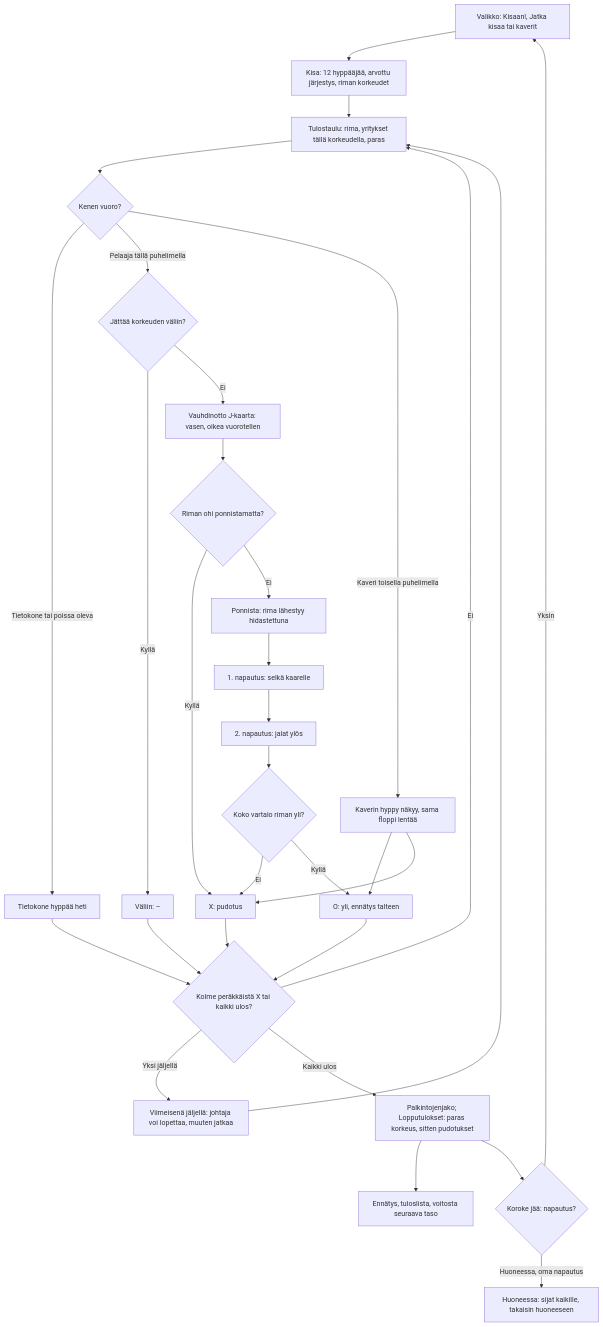
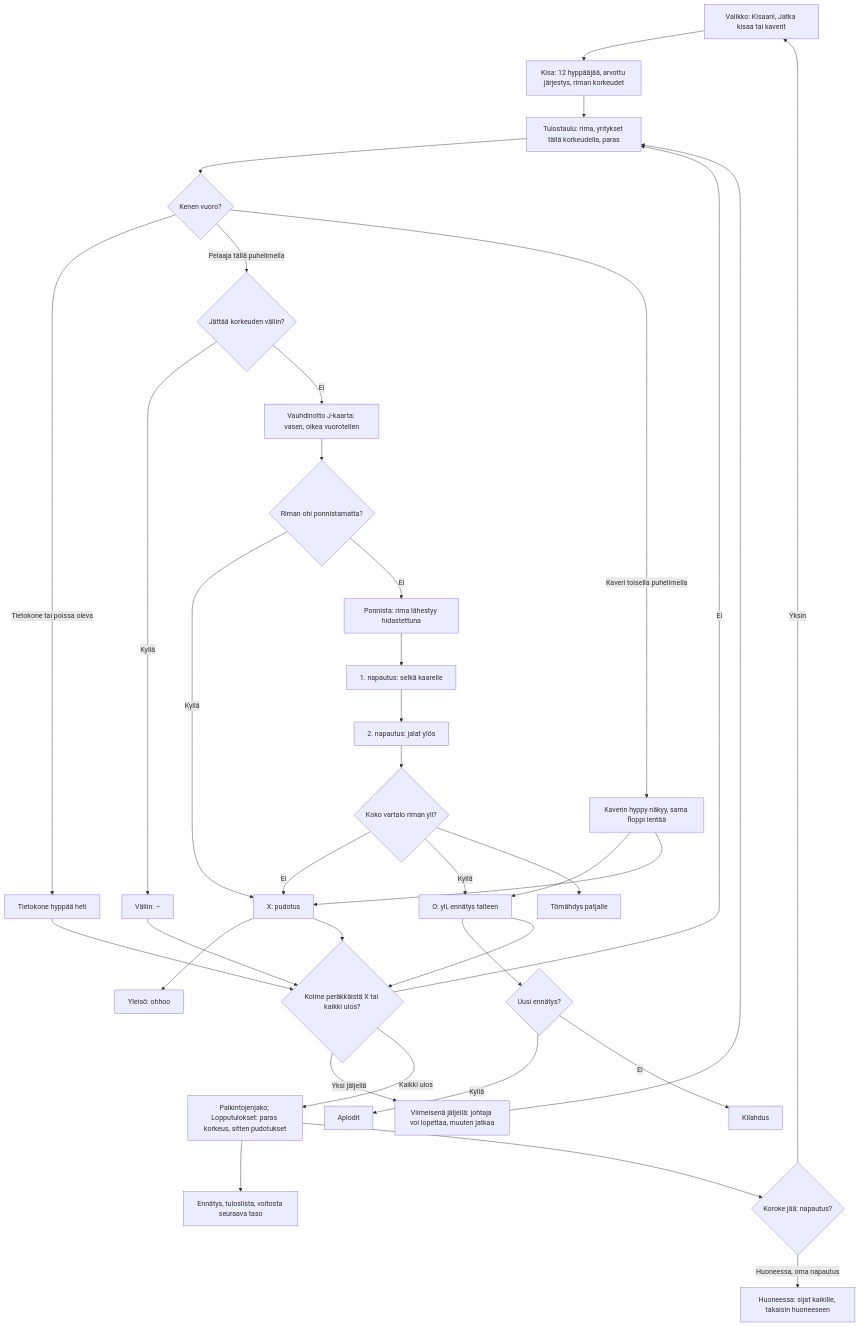
The diagram in docs/diagrams/korkeushyppy.md (eerovil/ai-pelit), drawn with Mermaid before and after one commit. The commit also changed other lines of this file and 3 other files, not shown here.

````diff
--- a/docs/diagrams/korkeushyppy.md
+++ b/docs/diagrams/korkeushyppy.md
@@ -14,39 +16,44 @@
 ```mermaid
 flowchart TD
   M[Valikko: Kisaan!, Jatka kisaa tai kaverit] --> K[Kisa: 12 hyppääjää, arvottu järjestys, riman korkeudet]
   K --> T[Tulostaulu: rima, yritykset tällä korkeudella, paras]
   T --> Q{Kenen vuoro?}
   Q -- Tietokone tai poissa oleva --> CPU[Tietokone hyppää heti]
   CPU --> NX
   Q -- Pelaaja tällä puhelimella --> PS{Jättää korkeuden väliin?}
   Q -- Kaveri toisella puhelimella --> WT[Kaverin hyppy näkyy, sama floppi lentää]
   PS -- Kyllä --> P[Väliin: –]
   PS -- Ei --> R[Vauhdinotto J-kaarta: vasen, oikea vuorotellen]
   R --> RP{Riman ohi ponnistamatta?}
   RP -- Kyllä --> X[X: pudotus]
   RP -- Ei --> J[Ponnista: rima lähestyy hidastettuna]
   J --> A[1. napautus: selkä kaarelle]
   A --> L[2. napautus: jalat ylös]
   L --> C{Koko vartalo riman yli?}
   C -- Ei --> X
   C -- Kyllä --> O[O: yli, ennätys talteen]
+  C --> MAT[Tömähdys patjalle]
+  O --> SO{Uusi ennätys?}
+  SO -- Kyllä --> AP[Aplodit]
+  SO -- Ei --> KL[Kilahdus]
+  X --> OH[Yleisö: ohhoo]
   WT --> O
   WT --> X
   O --> NX{Kolme peräkkäistä X tai kaikki ulos?}
   X --> NX
   P --> NX
   NX -- Ei --> T
   NX -- Yksi jäljellä --> GO[Viimeisenä jäljellä: johtaja voi lopettaa, muuten jatkaa]
   GO --> T
   NX -- Kaikki ulos --> END[Palkintojenjako; Lopputulokset: paras korkeus, sitten pudotukset]
   END --> S[Ennätys, tuloslista, voitosta seuraava taso]
   END --> TAP{Koroke jää: napautus?}
   TAP -- Yksin --> M
   TAP -- Huoneessa, oma napautus --> RM[Huoneessa: sijat kaikille, takaisin huoneeseen]
   class M,R,J,A,L,T blue
   class CPU,WT violet
-  class Q,PS,RP,C,NX,TAP amber
+  class Q,PS,RP,C,NX,TAP,SO amber
   class K,O,P,GO teal
   class X rose
-  class END,S,RM green
+  class END,S,RM,MAT,AP,KL,OH green
 ```
````
